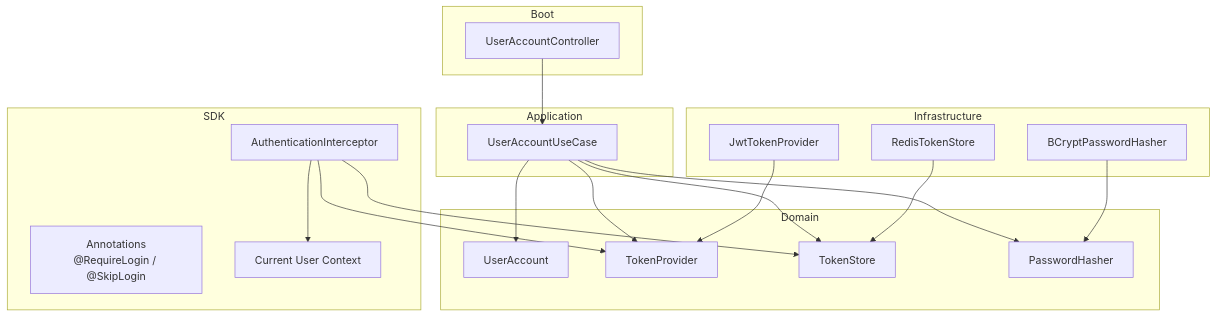
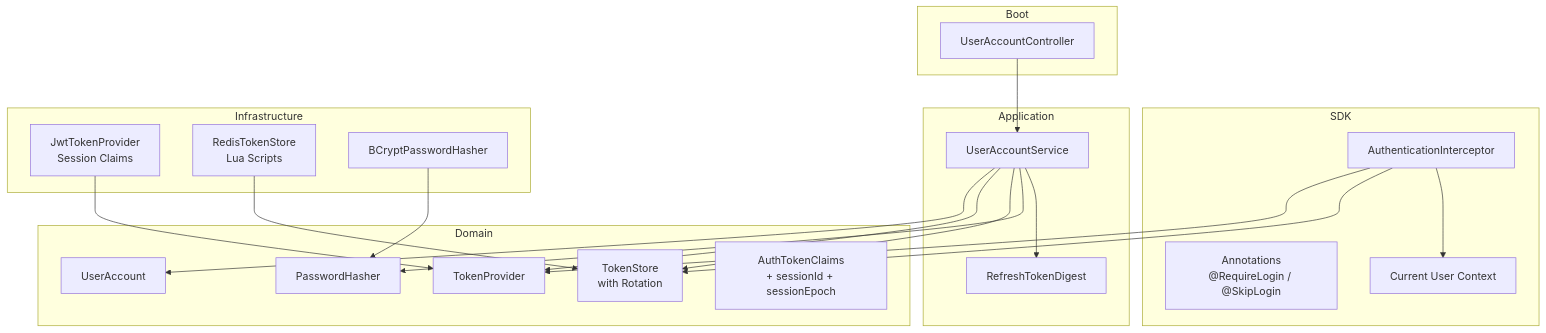
The first of 9 diagrams in .qoder/repowiki/en/content/User Authentication Module/User Authentication Module.md (ddd-mall/j-store), drawn with Mermaid before and after one commit. The commit also changed other lines of this file and 334 other files, not shown here.

````diff
--- a/.qoder/repowiki/en/content/User Authentication Module/User Authentication Module.md
+++ b/.qoder/repowiki/en/content/User Authentication Module/User Authentication Module.md
@@ -37,36 +47,39 @@
 ```mermaid
 graph TB
 subgraph "SDK"
 A["AuthenticationInterceptor"]
 B["Annotations<br/>@RequireLogin / @SkipLogin"]
 C["Current User Context"]
 end
 subgraph "Application"
-U["UserAccountUseCase"]
+U["UserAccountService"]
+RTD["RefreshTokenDigest"]
 end
 subgraph "Domain"
 UA["UserAccount"]
 TP["TokenProvider"]
-TS["TokenStore"]
+TS["TokenStore<br/>with Rotation"]
 PH["PasswordHasher"]
+ATC["AuthTokenClaims<br/>+ sessionId + sessionEpoch"]
 end
 subgraph "Infrastructure"
-JTP["JwtTokenProvider"]
-RTS["RedisTokenStore"]
+JTP["JwtTokenProvider<br/>Session Claims"]
+RTS["RedisTokenStore<br/>Lua Scripts"]
 BCH["BCryptPasswordHasher"]
 end
 subgraph "Boot"
 CTR["UserAccountController"]
 end
 CTR --> U
 U --> UA
 U --> TP
 U --> TS
 U --> PH
+U --> RTD
 A --> TP
 A --> TS
 A --> C
 JTP --> TP
 RTS --> TS
 BCH --> PH
 ```
````
